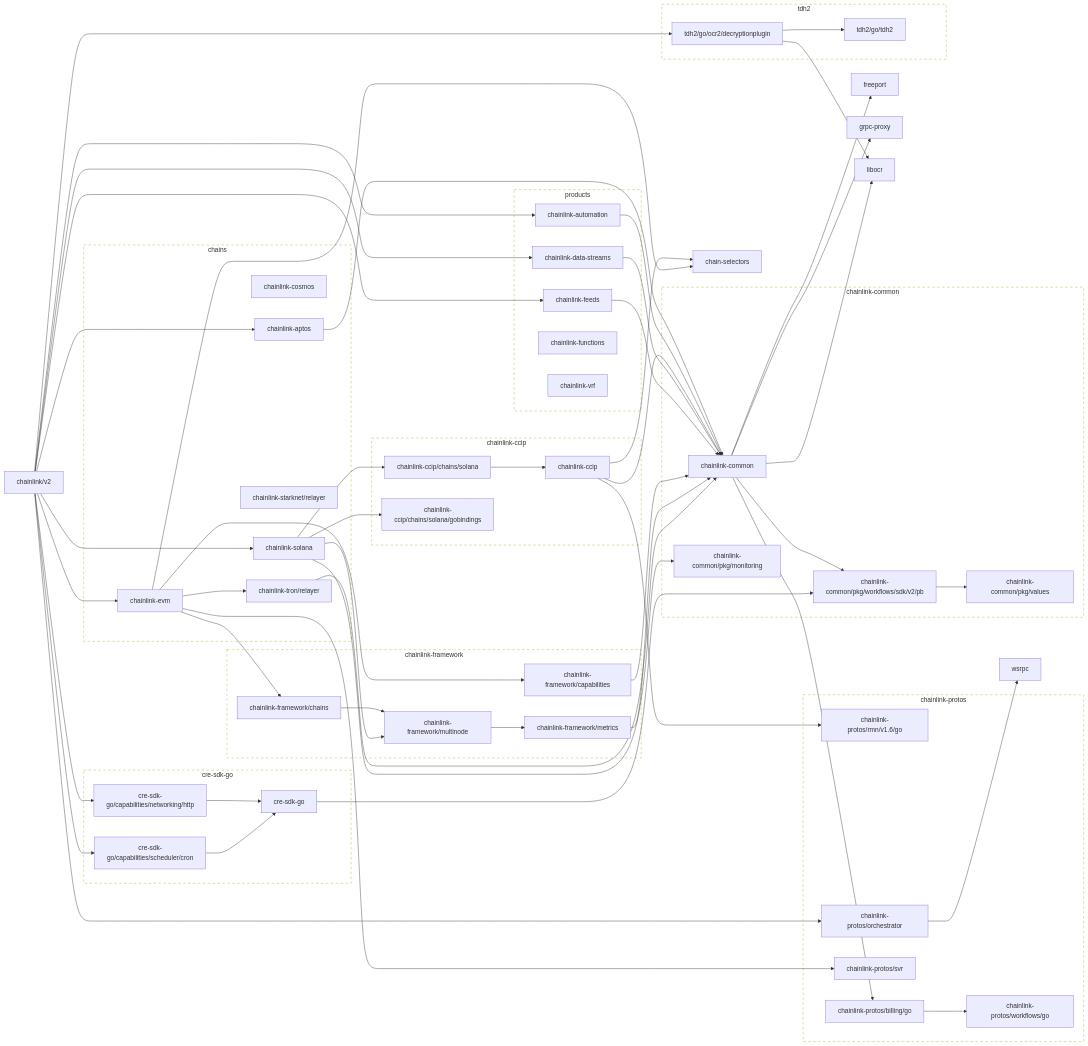
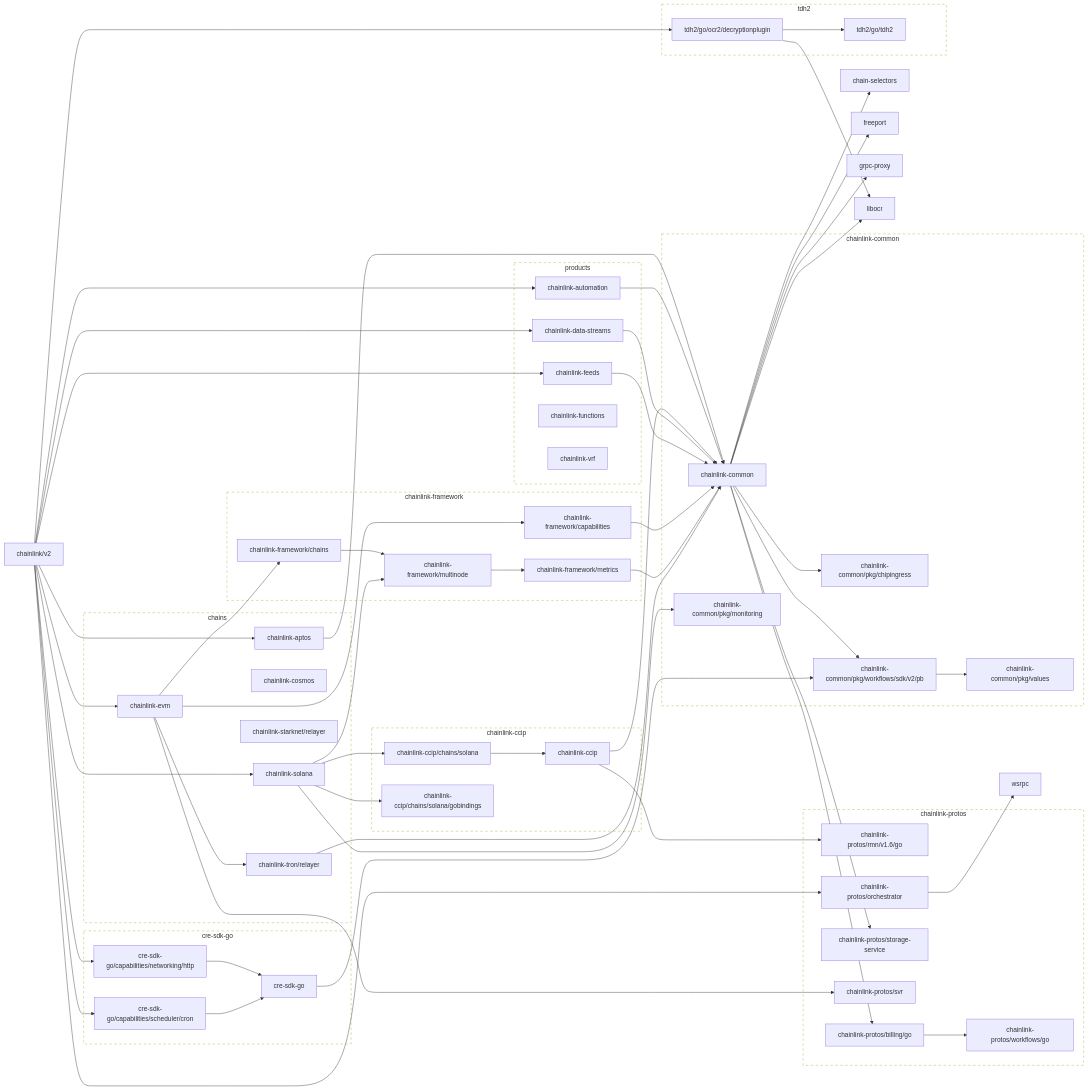
Before and after one commit to JohnDaWalka/chainlink: the first of 2 diagrams in go.md, drawn with Mermaid. The commit also changed other lines of this file and 14 other files, not shown here.

Commit message:
bump chainlink-common

```diff
--- a/go.md
+++ b/go.md
@@ -28,7 +28,6 @@
 	click chainlink-aptos href "https://github.com/smartcontractkit/chainlink-aptos"
 	chainlink-automation --> chainlink-common
 	click chainlink-automation href "https://github.com/smartcontractkit/chainlink-automation"
-	chainlink-ccip --> chain-selectors
 	chainlink-ccip --> chainlink-common
 	chainlink-ccip --> chainlink-protos/rmn/v1.6/go
 	click chainlink-ccip href "https://github.com/smartcontractkit/chainlink-ccip"
@@ -36,12 +35,17 @@
 	click chainlink-ccip/chains/solana href "https://github.com/smartcontractkit/chainlink-ccip"
 	chainlink-ccip/chains/solana/gobindings
 	click chainlink-ccip/chains/solana/gobindings href "https://github.com/smartcontractkit/chainlink-ccip"
+	chainlink-common --> chain-selectors
+	chainlink-common --> chainlink-common/pkg/chipingress
 	chainlink-common --> chainlink-common/pkg/workflows/sdk/v2/pb
 	chainlink-common --> chainlink-protos/billing/go
+	chainlink-common --> chainlink-protos/storage-service
 	chainlink-common --> freeport
 	chainlink-common --> grpc-proxy
 	chainlink-common --> libocr
 	click chainlink-common href "https://github.com/smartcontractkit/chainlink-common"
+	chainlink-common/pkg/chipingress
+	click chainlink-common/pkg/chipingress href "https://github.com/smartcontractkit/chainlink-common"
 	chainlink-common/pkg/monitoring
 	click chainlink-common/pkg/monitoring href "https://github.com/smartcontractkit/chainlink-common"
 	chainlink-common/pkg/values
@@ -50,7 +54,6 @@
 	click chainlink-common/pkg/workflows/sdk/v2/pb href "https://github.com/smartcontractkit/chainlink-common"
 	chainlink-data-streams --> chainlink-common
 	click chainlink-data-streams href "https://github.com/smartcontractkit/chainlink-data-streams"
-	chainlink-evm --> chain-selectors
 	chainlink-evm --> chainlink-framework/capabilities
 	chainlink-evm --> chainlink-framework/chains
 	chainlink-evm --> chainlink-protos/svr
@@ -72,6 +75,8 @@
 	click chainlink-protos/orchestrator href "https://github.com/smartcontractkit/chainlink-protos"
 	chainlink-protos/rmn/v1.6/go
 	click chainlink-protos/rmn/v1.6/go href "https://github.com/smartcontractkit/chainlink-protos"
+	chainlink-protos/storage-service
+	click chainlink-protos/storage-service href "https://github.com/smartcontractkit/chainlink-protos"
 	chainlink-protos/svr
 	click chainlink-protos/svr href "https://github.com/smartcontractkit/chainlink-protos"
 	chainlink-protos/workflows/go
@@ -123,6 +128,7 @@
 
 	subgraph chainlink-common-repo[chainlink-common]
 		 chainlink-common
+		 chainlink-common/pkg/chipingress
 		 chainlink-common/pkg/monitoring
 		 chainlink-common/pkg/values
 		 chainlink-common/pkg/workflows/sdk/v2/pb
@@ -141,6 +147,7 @@
 		 chainlink-protos/billing/go
 		 chainlink-protos/orchestrator
 		 chainlink-protos/rmn/v1.6/go
+		 chainlink-protos/storage-service
 		 chainlink-protos/svr
 		 chainlink-protos/workflows/go
 	end
```
